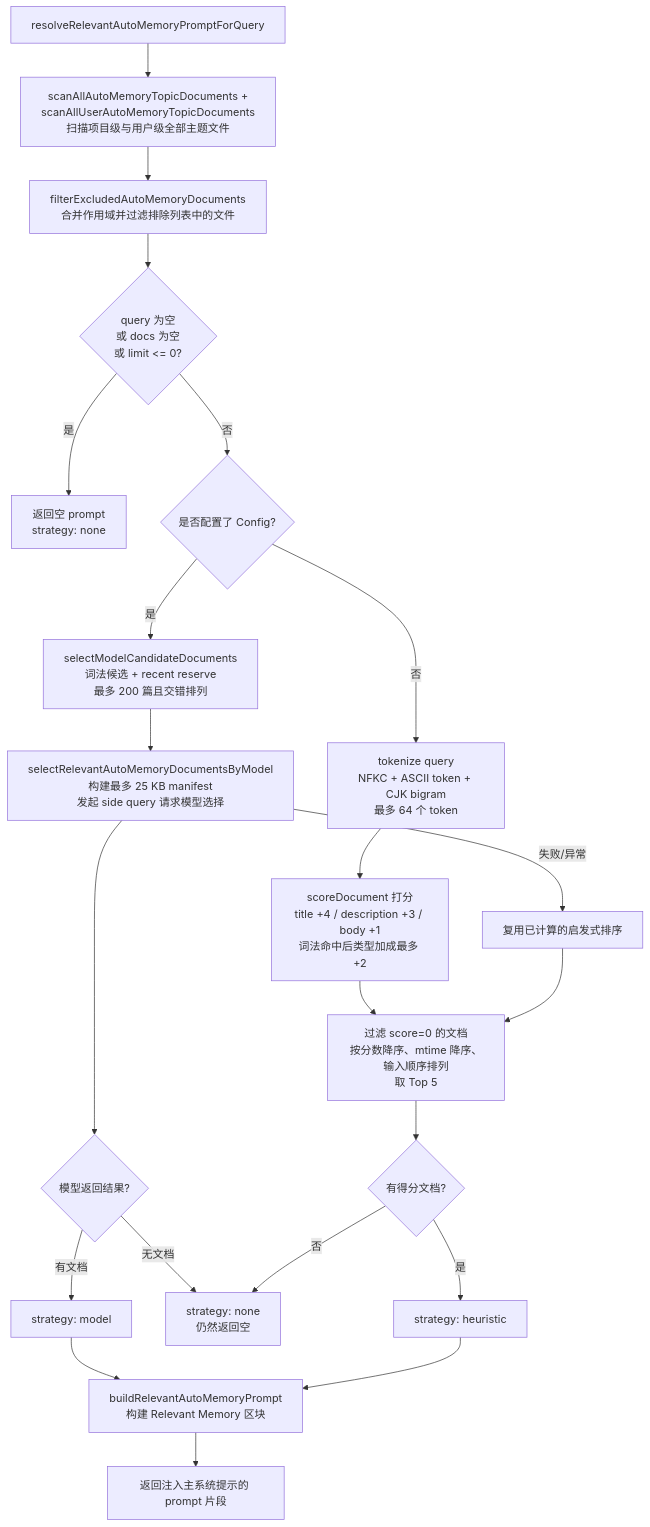
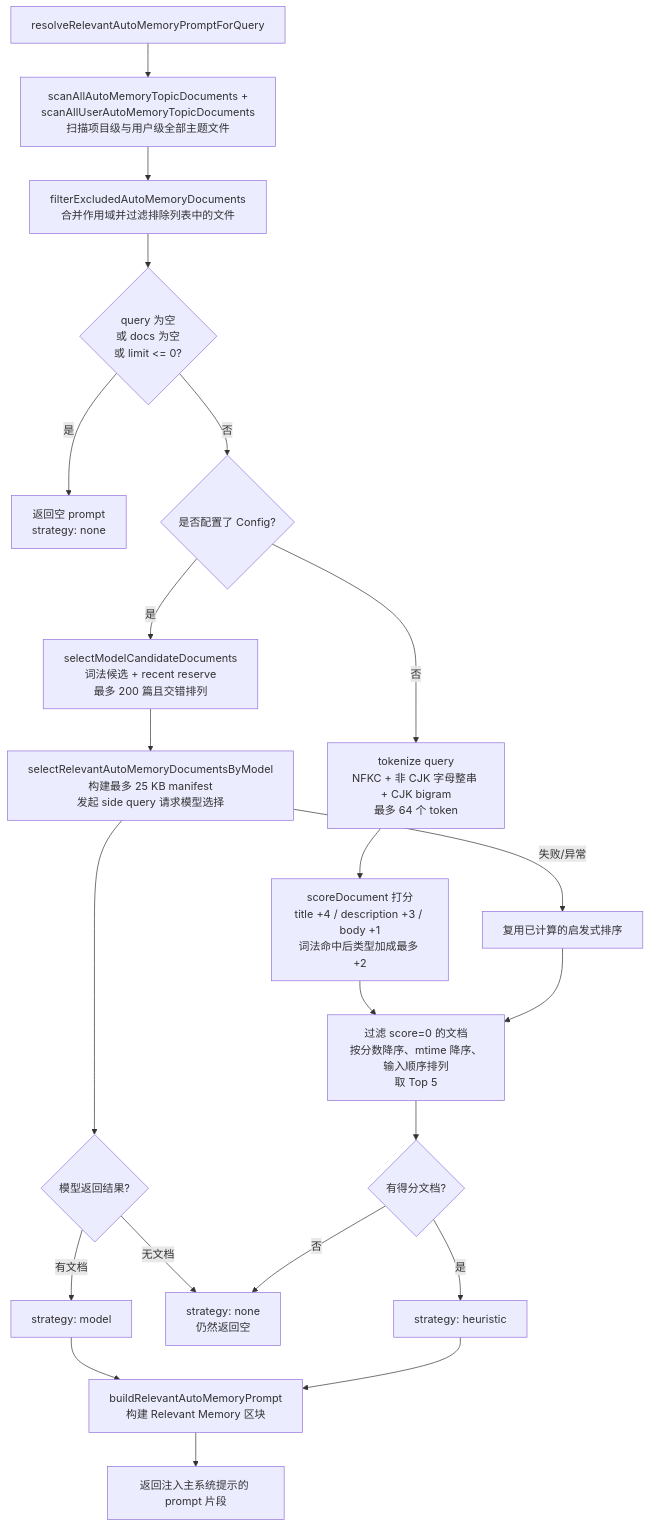
One commit to QwenLM/qwen-code changed the sixth of 8 diagrams in docs/design/auto-memory/memory-system.md. Above: the diagram before and after it, drawn with Mermaid. The commit also changed other lines of this file and 8 other files, not shown here.

````diff
--- a/docs/design/auto-memory/memory-system.md
+++ b/docs/design/auto-memory/memory-system.md
@@ -351,24 +351,24 @@
 ```mermaid
 flowchart TD
     A[resolveRelevantAutoMemoryPromptForQuery] --> B[scanAllAutoMemoryTopicDocuments +\nscanAllUserAutoMemoryTopicDocuments\n扫描项目级与用户级全部主题文件]
     B --> C[filterExcludedAutoMemoryDocuments\n合并作用域并过滤排除列表中的文件]
     C --> D{query 为空\n或 docs 为空\n或 limit <= 0?}
     D -- 是 --> E[返回空 prompt\nstrategy: none]
     D -- 否 --> F{是否配置了 Config?}
     F -- 是 --> G[selectModelCandidateDocuments\n词法候选 + recent reserve\n最多 200 篇且交错排列]
     G --> H[selectRelevantAutoMemoryDocumentsByModel\n构建最多 25 KB manifest\n发起 side query 请求模型选择]
     H --> I{模型返回结果?}
     I -- 有文档 --> J[strategy: model]
     I -- 无文档 --> K[strategy: none\n仍然返回空]
     H -- "失败/异常" --> L[复用已计算的启发式排序]
-    F -- 否 --> M[tokenize query\nNFKC + ASCII token + CJK bigram\n最多 64 个 token]
+    F -- 否 --> M[tokenize query\nNFKC + 非 CJK 字母整串 + CJK bigram\n最多 64 个 token]
     M --> N[scoreDocument 打分\ntitle +4 / description +3 / body +1\n词法命中后类型加成最多 +2]
     N --> O[过滤 score=0 的文档\n按分数降序、mtime 降序、输入顺序排列\n取 Top 5]
     L --> O
     O --> P{有得分文档?}
     P -- 是 --> Q[strategy: heuristic]
     P -- 否 --> K
     J --> R[buildRelevantAutoMemoryPrompt\n构建 Relevant Memory 区块]
     Q --> R
     R --> S[返回注入主系统提示的 prompt 片段]
 ```
````
